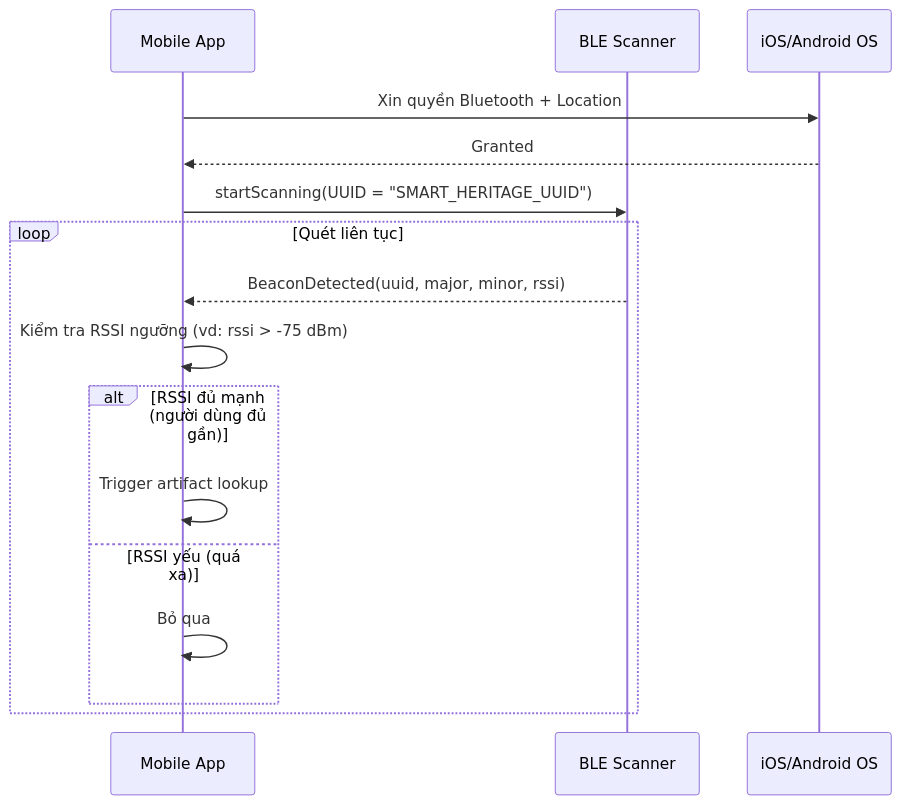
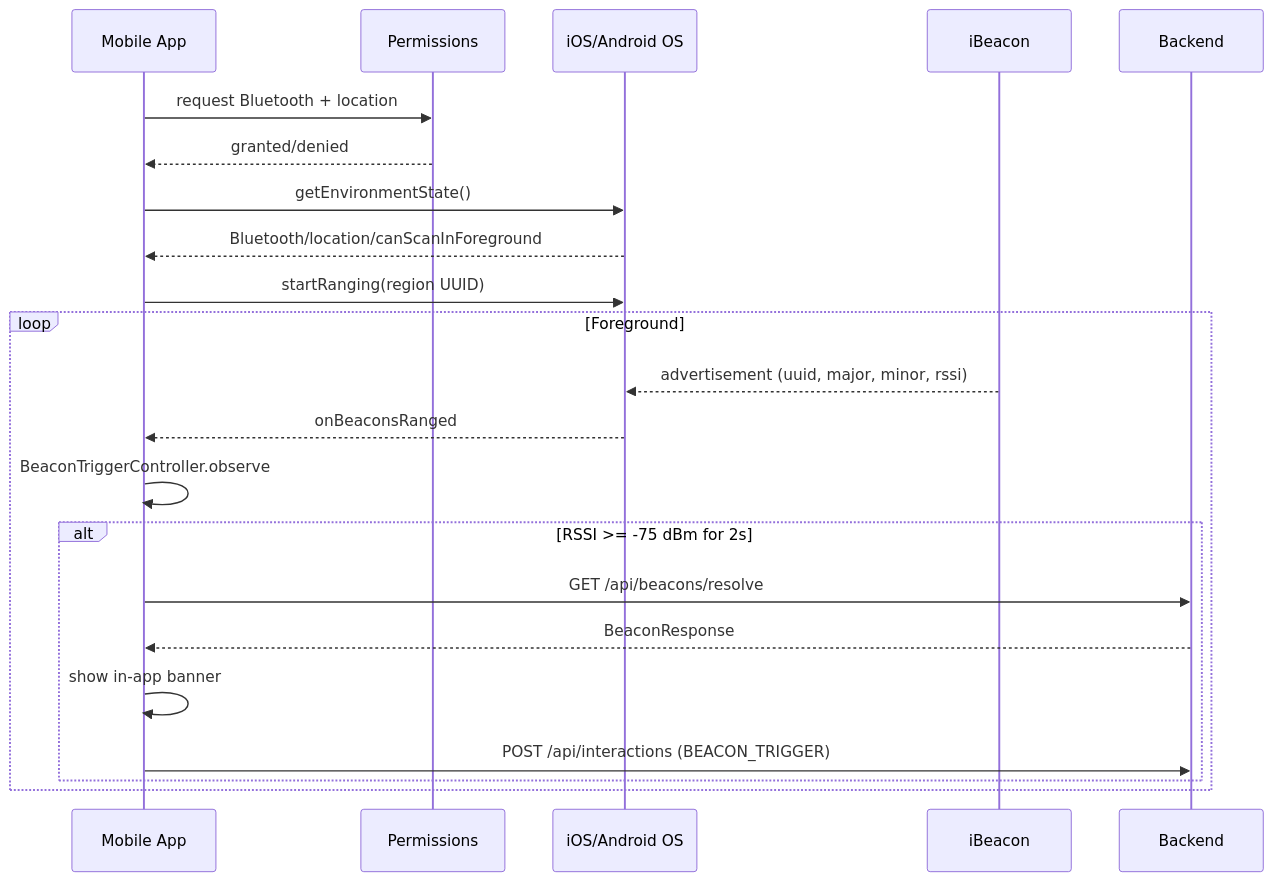
Before and after one commit to nahnht27/smart-heritage: the first of 2 diagrams in docs/design/07_ibeacon_ble_flow.md, drawn with Mermaid. The commit also changed other lines of this file and 43 other files, not shown here.

First line of the commit message:
feat: add iBeacon visitor discovery flow

````diff
--- a/docs/design/07_ibeacon_ble_flow.md
+++ b/docs/design/07_ibeacon_ble_flow.md
@@ -31,19 +22,25 @@
 ```mermaid
 sequenceDiagram
     participant App as Mobile App
-    participant BLE as BLE Scanner
+    participant Perm as Permissions
     participant OS as iOS/Android OS
+    participant Beacon as iBeacon
+    participant API as Backend
 
-    App->>OS: Xin quyền Bluetooth + Location
-    OS-->>App: Granted
-    App->>BLE: startScanning(UUID = "SMART_HERITAGE_UUID")
-    loop Quét liên tục
-        BLE-->>App: BeaconDetected(uuid, major, minor, rssi)
-        App->>App: Kiểm tra RSSI ngưỡng (vd: rssi > -75 dBm)
-        alt RSSI đủ mạnh (người dùng đủ gần)
-            App->>App: Trigger artifact lookup
-        else RSSI yếu (quá xa)
-            App->>App: Bỏ qua
+    App->>Perm: request Bluetooth + location
+    Perm-->>App: granted/denied
+    App->>OS: getEnvironmentState()
+    OS-->>App: Bluetooth/location/canScanInForeground
+    App->>OS: startRanging(region UUID)
+    loop Foreground
+        Beacon-->>OS: advertisement (uuid, major, minor, rssi)
+        OS-->>App: onBeaconsRanged
+        App->>App: BeaconTriggerController.observe
+        alt RSSI >= -75 dBm for 2s
+            App->>API: GET /api/beacons/resolve
+            API-->>App: BeaconResponse
+            App->>App: show in-app banner
+            App->>API: POST /api/interactions (BEACON_TRIGGER)
         end
     end
 ```
````
